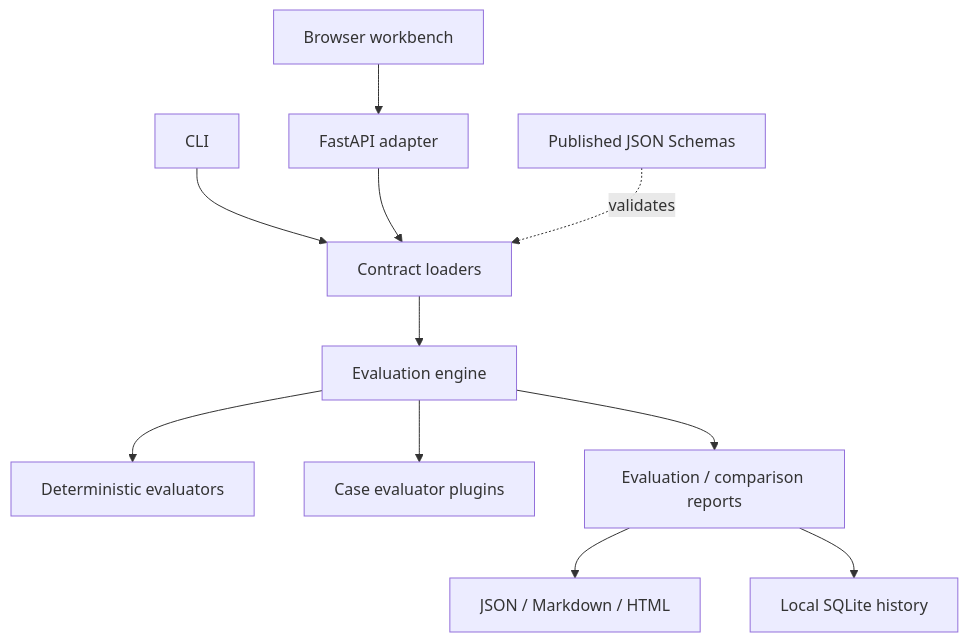
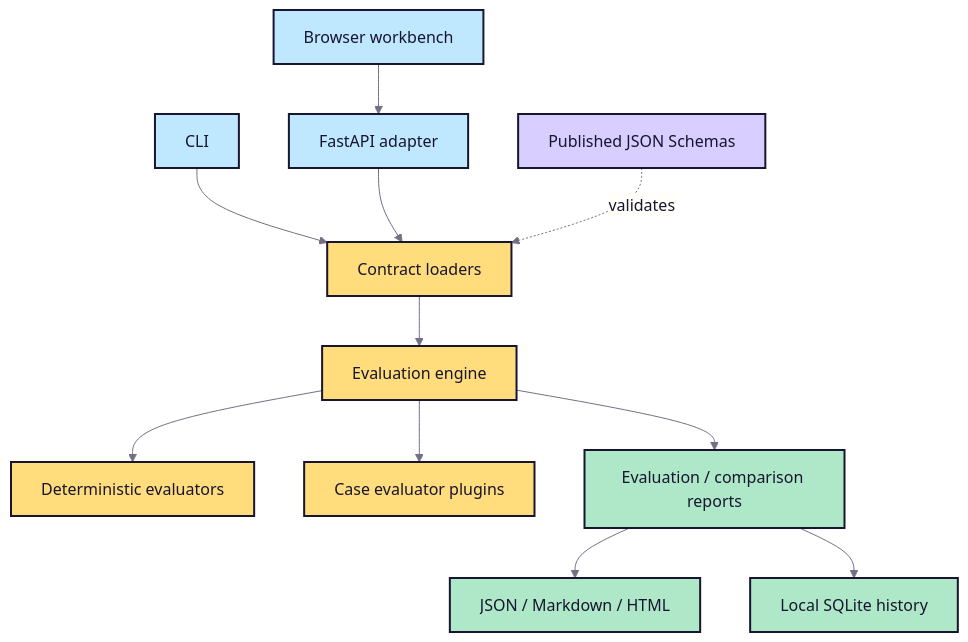
Before and after one commit to thangldw/ragops: the diagram in docs/architecture/component-diagram.md, drawn with Mermaid. The commit also changed other lines of this file and 39 other files, not shown here.

````diff
--- a/docs/architecture/component-diagram.md
+++ b/docs/architecture/component-diagram.md
@@ -3,13 +3,22 @@
 ```mermaid
+%%{init: {"theme":"base","fontFamily":"system-ui, -apple-system, BlinkMacSystemFont, Segoe UI, sans-serif","flowchart":{"curve":"basis"},"themeVariables":{"background":"#f8f6f0","primaryColor":"#ffdc7c","primaryTextColor":"#17152f","primaryBorderColor":"#17152f","secondaryColor":"#bfe8ff","tertiaryColor":"#d8ceff","lineColor":"#756f84","edgeLabelBackground":"#fffef9"}}}%%
 flowchart TB
     CLI["CLI"] --> Loader
     API["FastAPI adapter"] --> Loader
     Web["Browser workbench"] --> API
     Loader["Contract loaders"] --> Engine["Evaluation engine"]
     Engine --> Builtin["Deterministic evaluators"]
     Engine --> Plugins["Case evaluator plugins"]
     Engine --> Reports["Evaluation / comparison reports"]
     Reports --> Renderers["JSON / Markdown / HTML"]
     Reports --> Store["Local SQLite history"]
     Schemas["Published JSON Schemas"] -. validates .-> Loader
+    classDef adapter fill:#bfe8ff,stroke:#17152f,color:#17152f,stroke-width:2px;
+    classDef core fill:#ffdc7c,stroke:#17152f,color:#17152f,stroke-width:2px;
+    classDef output fill:#aee8c9,stroke:#17152f,color:#17152f,stroke-width:2px;
+    classDef contract fill:#d8ceff,stroke:#17152f,color:#17152f,stroke-width:2px;
+    class CLI,API,Web adapter;
+    class Loader,Engine,Builtin,Plugins core;
+    class Reports,Renderers,Store output;
+    class Schemas contract;
 ```
````
